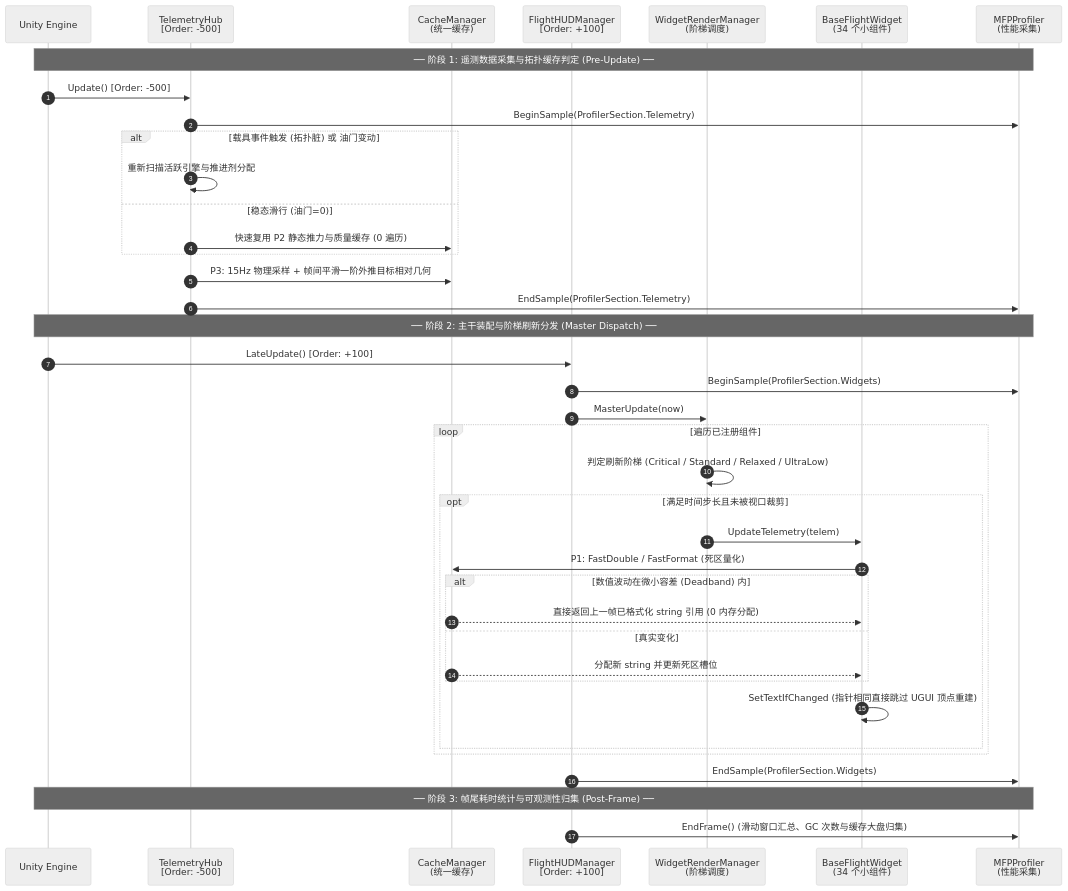
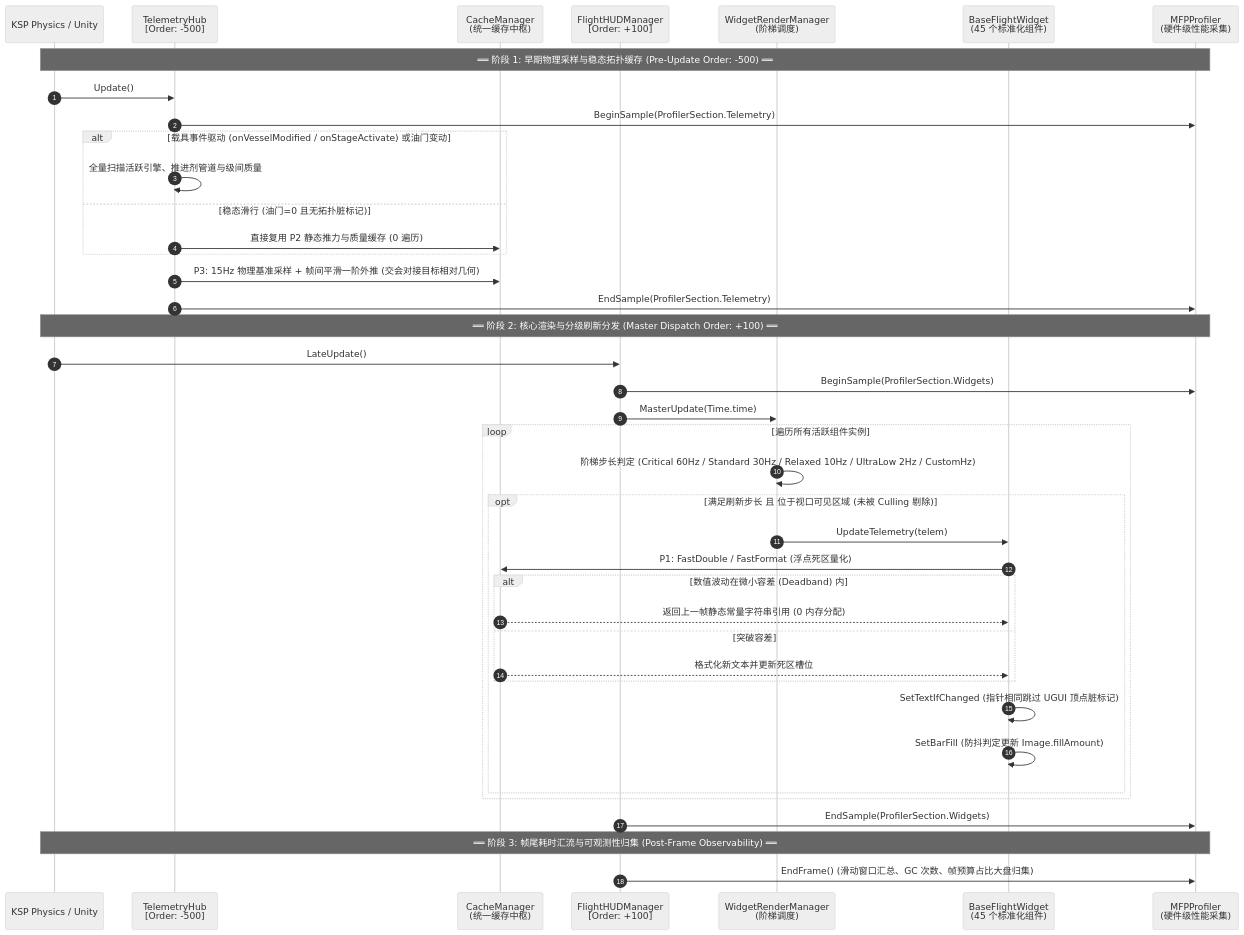
One commit to DiaoDaiaChan/KSP_ModularFlightPanel changed the second of 7 diagrams in ARCHITECTURE.md. Above: the diagram before and after it, drawn with Mermaid (neutral theme). The commit also changed other lines of this file and 3 other files, not shown here.

````diff
--- a/ARCHITECTURE.md
+++ b/ARCHITECTURE.md
@@ -83,44 +126,45 @@
 ```mermaid
 sequenceDiagram
     autonumber
-    participant Unity as Unity Engine
+    participant KSP as KSP Physics / Unity
     participant TH as TelemetryHub<br/>[Order: -500]
-    participant CM as CacheManager<br/>(统一缓存)
+    participant CM as CacheManager<br/>(统一缓存中枢)
     participant HUD as FlightHUDManager<br/>[Order: +100]
     participant WRM as WidgetRenderManager<br/>(阶梯调度)
-    participant W as BaseFlightWidget<br/>(34 个小组件)
-    participant PRF as MFPProfiler<br/>(性能采集)
+    participant W as BaseFlightWidget<br/>(45 个标准化组件)
+    participant PRF as MFPProfiler<br/>(硬件级性能采集)
 
-    Note over Unity,PRF: ── 阶段 1: 遥测数据采集与拓扑缓存判定 (Pre-Update) ──
-    Unity->>TH: Update() [Order: -500]
+    Note over KSP,PRF: ══ 阶段 1: 早期物理采样与稳态拓扑缓存 (Pre-Update Order: -500) ══
+    KSP->>TH: Update()
     TH->>PRF: BeginSample(ProfilerSection.Telemetry)
-    alt 载具事件触发 (拓扑脏) 或 油门变动
-        TH->>TH: 重新扫描活跃引擎与推进剂分配
-    else 稳态滑行 (油门=0)
-        TH->>CM: 快速复用 P2 静态推力与质量缓存 (0 遍历)
+    alt 载具事件驱动 (onVesselModified / onStageActivate) 或油门变动
+        TH->>TH: 全量扫描活跃引擎、推进剂管道与级间质量
+    else 稳态滑行 (油门=0 且无拓扑脏标记)
+        TH->>CM: 直接复用 P2 静态推力与质量缓存 (0 遍历)
     end
-    TH->>CM: P3: 15Hz 物理采样 + 帧间平滑一阶外推目标相对几何
+    TH->>CM: P3: 15Hz 物理基准采样 + 帧间平滑一阶外推 (交会对接目标相对几何)
     TH->>PRF: EndSample(ProfilerSection.Telemetry)
 
-    Note over Unity,PRF: ── 阶段 2: 主干装配与阶梯刷新分发 (Master Dispatch) ──
-    Unity->>HUD: LateUpdate() [Order: +100]
+    Note over KSP,PRF: ══ 阶段 2: 核心渲染与分级刷新分发 (Master Dispatch Order: +100) ══
+    KSP->>HUD: LateUpdate()
     HUD->>PRF: BeginSample(ProfilerSection.Widgets)
-    HUD->>WRM: MasterUpdate(now)
-    loop 遍历已注册组件
-        WRM->>WRM: 判定刷新阶梯 (Critical / Standard / Relaxed / UltraLow)
-        opt 满足时间步长且未被视口裁剪
+    HUD->>WRM: MasterUpdate(Time.time)
+    loop 遍历所有活跃组件实例
+        WRM->>WRM: 阶梯步长判定 (Critical 60Hz / Standard 30Hz / Relaxed 10Hz / UltraLow 2Hz / CustomHz)
+        opt 满足刷新步长 且 位于视口可见区域 (未被 Culling 剔除)
             WRM->>W: UpdateTelemetry(telem)
-            W->>CM: P1: FastDouble / FastFormat (死区量化)
+            W->>CM: P1: FastDouble / FastFormat (浮点死区量化)
             alt 数值波动在微小容差 (Deadband) 内
-                CM-->>W: 直接返回上一帧已格式化 string 引用 (0 内存分配)
-            else 真实变化
-                CM-->>W: 分配新 string 并更新死区槽位
+                CM-->>W: 返回上一帧静态常量字符串引用 (0 内存分配)
+            else 突破容差
+                CM-->>W: 格式化新文本并更新死区槽位
             end
-            W->>W: SetTextIfChanged (指针相同直接跳过 UGUI 顶点重建)
+            W->>W: SetTextIfChanged (指针相同跳过 UGUI 顶点脏标记)
+            W->>W: SetBarFill (防抖判定更新 Image.fillAmount)
         end
     end
     HUD->>PRF: EndSample(ProfilerSection.Widgets)
 
-    Note over Unity,PRF: ── 阶段 3: 帧尾耗时统计与可观测性归集 (Post-Frame) ──
-    HUD->>PRF: EndFrame() (滑动窗口汇总、GC 次数与缓存大盘归集)
+    Note over KSP,PRF: ══ 阶段 3: 帧尾耗时汇流与可观测性归集 (Post-Frame Observability) ══
+    HUD->>PRF: EndFrame() (滑动窗口汇总、GC 次数、帧预算占比大盘归集)
 ```
````
